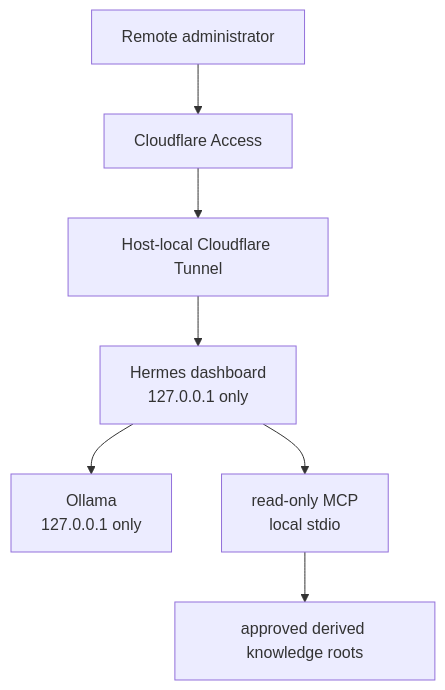
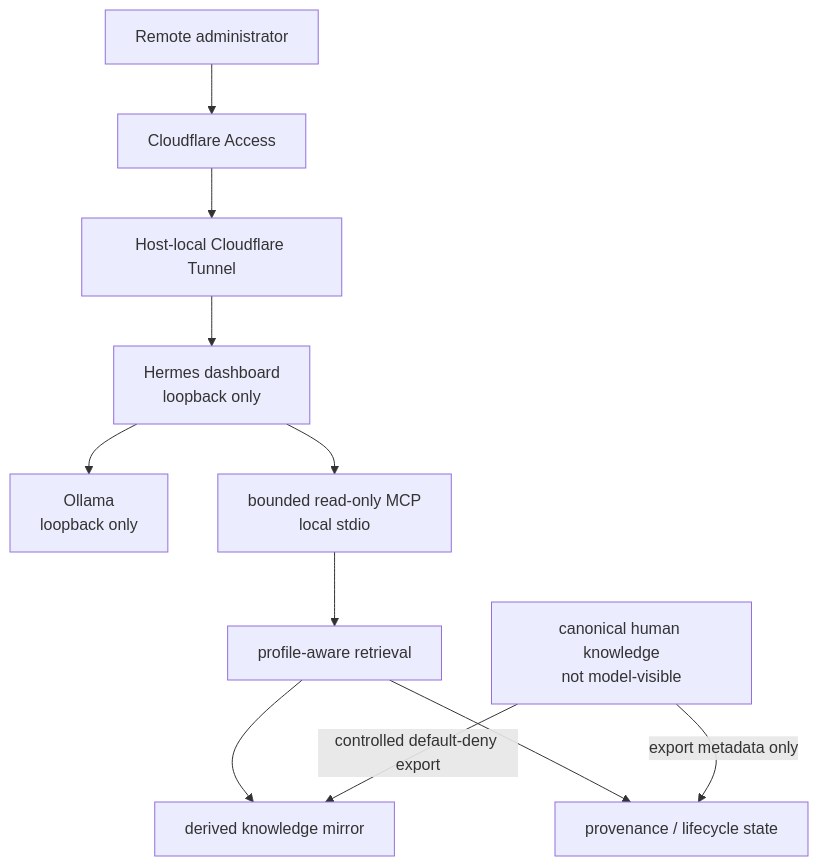
One commit to TheNuclearUnicorn/Homelab-security-portfolio changed the diagram in docs/security/local-ai-security-boundary.md. Above: the diagram before and after it, drawn with Mermaid. The commit also changed other lines of this file and 5 other files, not shown here.

Commit message:
docs: document controlled knowledge retrieval baseline

````diff
--- a/docs/security/local-ai-security-boundary.md
+++ b/docs/security/local-ai-security-boundary.md
@@ -34,17 +34,24 @@
 ```mermaid
 flowchart TD
     User["Remote administrator"]
     Access["Cloudflare Access"]
     Tunnel["Host-local Cloudflare Tunnel"]
-    Dashboard["Hermes dashboard<br/>127.0.0.1 only"]
-    Model["Ollama<br/>127.0.0.1 only"]
-    MCP["read-only MCP<br/>local stdio"]
-    Knowledge["approved derived knowledge roots"]
+    Dashboard["Hermes dashboard<br/>loopback only"]
+    Model["Ollama<br/>loopback only"]
+    MCP["bounded read-only MCP<br/>local stdio"]
+    Retrieval["profile-aware retrieval"]
+    Mirror["derived knowledge mirror"]
+    Controls["provenance / lifecycle state"]
+    Canonical["canonical human knowledge<br/>not model-visible"]
 
     User --> Access
     Access --> Tunnel
     Tunnel --> Dashboard
     Dashboard --> Model
     Dashboard --> MCP
-    MCP --> Knowledge
+    MCP --> Retrieval
+    Retrieval --> Mirror
+    Retrieval --> Controls
+    Canonical -->|"controlled default-deny export"| Mirror
+    Canonical -->|"export metadata only"| Controls
 ```
````
